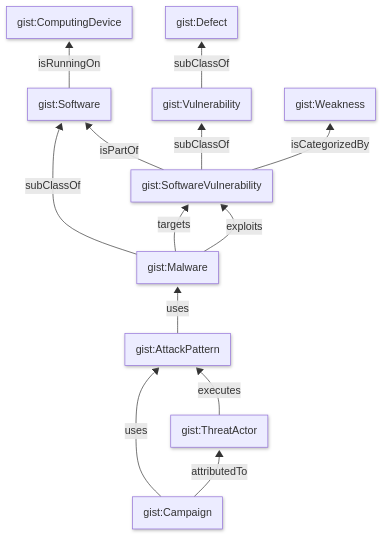
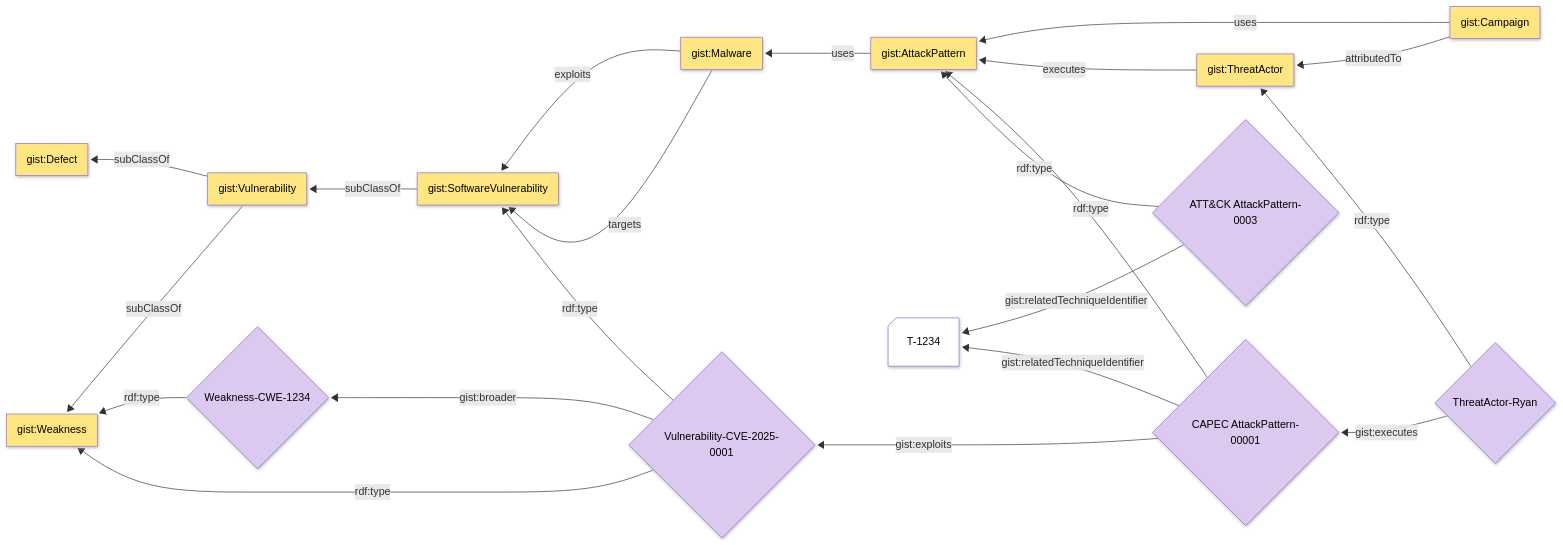
One commit to semanticarts/gistCyber changed the diagram in docs/partis/cpe-cve-cwe-attackpatern-apt.md. Above: the diagram before and after it, drawn with Mermaid.

Commit message:
modified the mermaid for cpe-cve-cwe-attackpattern-apt.md

````diff
--- a/docs/partis/cpe-cve-cwe-attackpatern-apt.md
+++ b/docs/partis/cpe-cve-cwe-attackpatern-apt.md
@@ -1,24 +1,52 @@
 ```mermaid
 ---
 config:
   layout: fixed
   look: neo
   theme: classic
 
 ---
-graph BT
+graph RL
     AttackPattern["gist:AttackPattern"] -- uses --> Malware
     Vulnerability[gist:Vulnerability] -- subClassOf --> Defect["gist:Defect"]
-    Software -- isRunningOn --> Device[gist:ComputingDevice]
-    SoftwareVulnerability["gist:SoftwareVulnerability"] -- isCategorizedBy --> Weakness["gist:Weakness"]   
-    SoftwareVulnerability --subClassOf --> Vulnerability
-    SoftwareVulnerability -- isPartOf --> Software["gist:Software"]
-    Malware[gist:Malware] -- subClassOf --> Software
-    Malware -- exploits --> SoftwareVulnerability
-    Malware -- targets --> SoftwareVulnerability
-    ThreatActor["gist:ThreatActor"] -- executes --> AttackPattern
+    Vulnerability -- subClassOf --> Weakness[gist:Weakness]
+    
+  
+    SoftwareVulnerability["gist:SoftwareVulnerability"] --subClassOf --> Vulnerability
+  
+
     Campaign["gist:Campaign"] -- uses --> AttackPattern
     Campaign -- attributedTo --> ThreatActor
 
+    Malware[gist:Malware] -- exploits --> SoftwareVulnerability
+    Malware -- targets --> SoftwareVulnerability
+    ThreatActor["gist:ThreatActor"] -- executes --> AttackPattern
+    Ryan@{ shape: diamond, label: "ThreatActor-Ryan"} -- gist:executes --> CAP
+    Ryan -- rdf:type --> ThreatActor
+    
+    CWE@{ shape: diamond, label: "Weakness-CWE-1234"} -- rdf:type --> Weakness
+    CVE@{ shape: diamond, label: "Vulnerability-CVE-2025-0001"} -- rdf:type --> SoftwareVulnerability
+    CVE -- rdf:type --> Weakness
+    CVE -- gist:broader --> CWE
 
+
+    aAP -- gist:relatedTechniqueIdentifier --> T1234@{ shape: notch-rect, label: "T-1234"}
+
+    CAP@{ shape: diamond, label: "CAPEC AttackPattern-00001"} -- rdf:type --> AttackPattern
+    CAP -- gist:exploits --> CVE
+
+    CAP -- gist:relatedTechniqueIdentifier --> T1234
+
+
+    aAP@{ shape: diamond, label: "ATT&CK AttackPattern-0003"} -- rdf:type --> AttackPattern
+
+
+classDef yellow fill:#ffe680, color:#000
+classDef purple fill:#dbc9ef, color:#000
+classDef white fill:#ffffff, color:#000
+
+
+class ThreatActor,AttackPattern,Campaign,Identity,Infrastructure,Malware,Tool,Vulnerability,SoftwareVulnerability,Location,IntrusionSet,Indicator,Weakness,Defect,Software,Device yellow
+class CWE,CVE,CAP,aAP,Ryan purple
+class T1234 white
 ```
````
